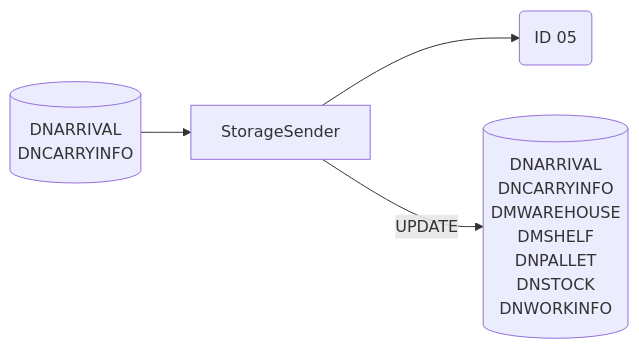
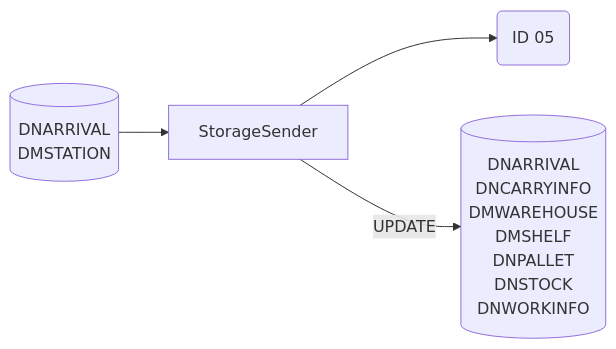
The second of 5 diagrams in Basic-Design/DFD-WMS/Storage/Planned-Storage-Packaging-Material/Storage-Flow-(Packaging-Material).md (luthfiadityaa/SimeDarby-Wiki), drawn with Mermaid before and after one commit. The commit also changed other lines of this file, not shown here.

Commit message:
Updated Storage Flow (Packaging Material)

```diff
--- a/Basic-Design/DFD-WMS/Storage/Planned-Storage-Packaging-Material/Storage-Flow-(Packaging-Material).md
+++ b/Basic-Design/DFD-WMS/Storage/Planned-Storage-Packaging-Material/Storage-Flow-(Packaging-Material).md
@@ -66,23 +66,23 @@
 ::: mermaid
 flowchart LR
 StorageSender-update[("
 DNARRIVAL
 DNCARRYINFO
 DMWAREHOUSE
 DMSHELF
 DNPALLET
 DNSTOCK
 DNWORKINFO
 ")]
 StorageSender-input[("
 DNARRIVAL
-DNCARRYINFO
+DMSTATION
 ")]
 
 id05msg("
 ID 05
 ")
 
 StorageSender-input-->StorageSender-->id05msg
 StorageSender--> |UPDATE| StorageSender-update
 :::
```
